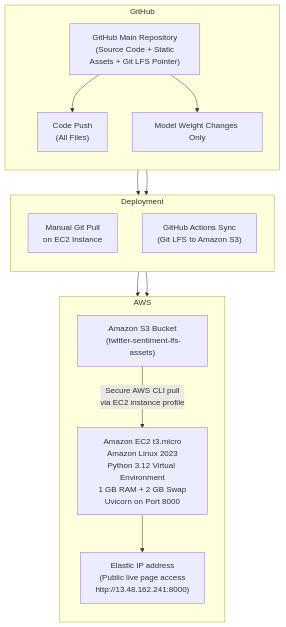
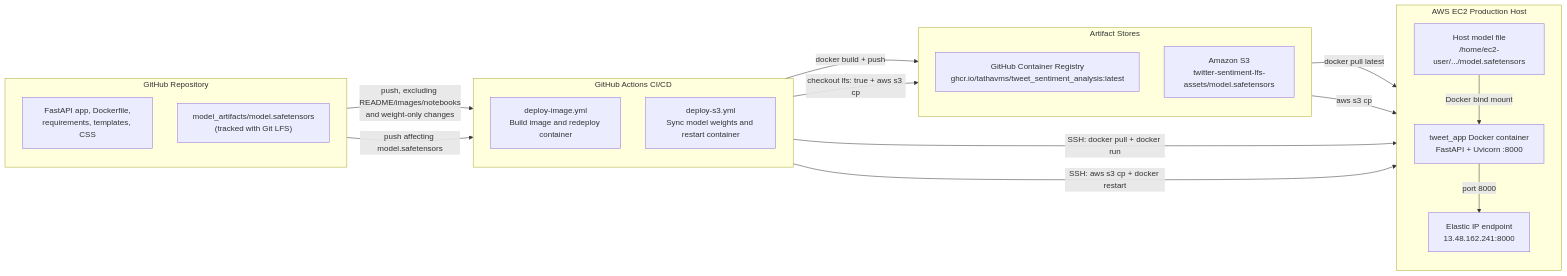
One commit to tathavms/tweet_sentiment_analysis changed the diagram in README.md. Above: the diagram before and after it, drawn with Mermaid. The commit also changed other lines of this file, not shown here.

````diff
--- a/README.md
+++ b/README.md
@@ -68,27 +51,40 @@
 ```mermaid
-flowchart TD
-    subgraph G["GitHub"]
+flowchart LR
+    subgraph Repo["GitHub Repository"]
         direction TB
-        GH["GitHub Main Repository<br/> (Source Code + Static Assets + Git LFS Pointer)"]
-        CP["Code Push<br/> (All Files)"]
-        MW["Model Weight Changes Only"]
+        Source["FastAPI app, Dockerfile,<br/>requirements, templates, CSS"]
+        Weights["model_artifacts/model.safetensors<br/>(tracked with Git LFS)"]
     end
 
-    subgraph D["Deployment"]
+    subgraph Actions["GitHub Actions CI/CD"]
         direction TB
-        GP["Manual Git Pull<br/>on EC2 Instance"]
-        GHA["GitHub Actions Sync<br/> (Git LFS to Amazon S3)"]
+        ImageWF["deploy-image.yml<br/>Build image and redeploy container"]
+        S3WF["deploy-s3.yml<br/>Sync model weights and restart container"]
     end
 
-    subgraph A["AWS"]
+    subgraph Stores["Artifact Stores"]
         direction TB
-        S3["Amazon S3 Bucket<br/> (twitter-sentiment-lfs-assets)"]
-        EC2["Amazon EC2 t3.micro<br/>Amazon Linux 2023<br/>Python 3.12 Virtual Environment<br/>1 GB RAM + 2 GB Swap<br/>Uvicorn on Port 8000"]
-        EIP["Elastic IP address<br/> (Public live page access<br/>http://13.48.162.241:8000)"]
+        GHCR["GitHub Container Registry<br/>ghcr.io/tathavms/tweet_sentiment_analysis:latest"]
+        S3["Amazon S3<br/>twitter-sentiment-lfs-assets/model.safetensors"]
     end
 
-    GH --> CP --> GP --> EC2
-    GH --> MW --> GHA --> S3
-    S3 -->|"Secure AWS CLI pull<br/>via EC2 instance profile"| EC2
-    EC2 --> EIP
+    subgraph EC2["AWS EC2 Production Host"]
+        direction TB
+        HostWeight["Host model file<br/>/home/ec2-user/.../model.safetensors"]
+        Container["tweet_app Docker container<br/>FastAPI + Uvicorn :8000"]
+        Public["Elastic IP endpoint<br/>13.48.162.241:8000"]
+    end
+
+    Source -->|"push, excluding README/images/notebooks<br/>and weight-only changes"| ImageWF
+    ImageWF -->|"docker build + push"| GHCR
+    ImageWF -->|"SSH: docker pull + docker run"| Container
+
+    Weights -->|"push affecting model.safetensors"| S3WF
+    S3WF -->|"checkout lfs: true + aws s3 cp"| S3
+    S3WF -->|"SSH: aws s3 cp + docker restart"| HostWeight
+
+    GHCR -->|"docker pull latest"| Container
+    S3 -->|"aws s3 cp"| HostWeight
+    HostWeight -->|"Docker bind mount"| Container
+    Container -->|"port 8000"| Public
 ```
````
